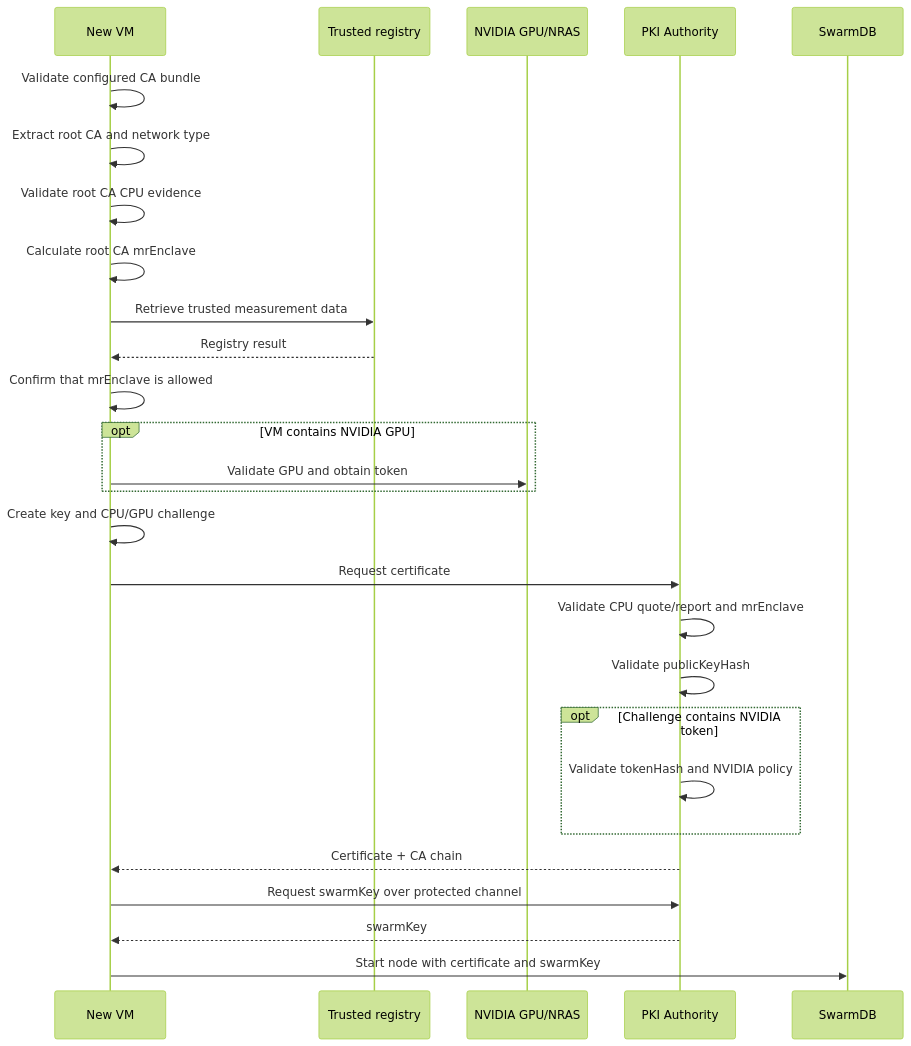
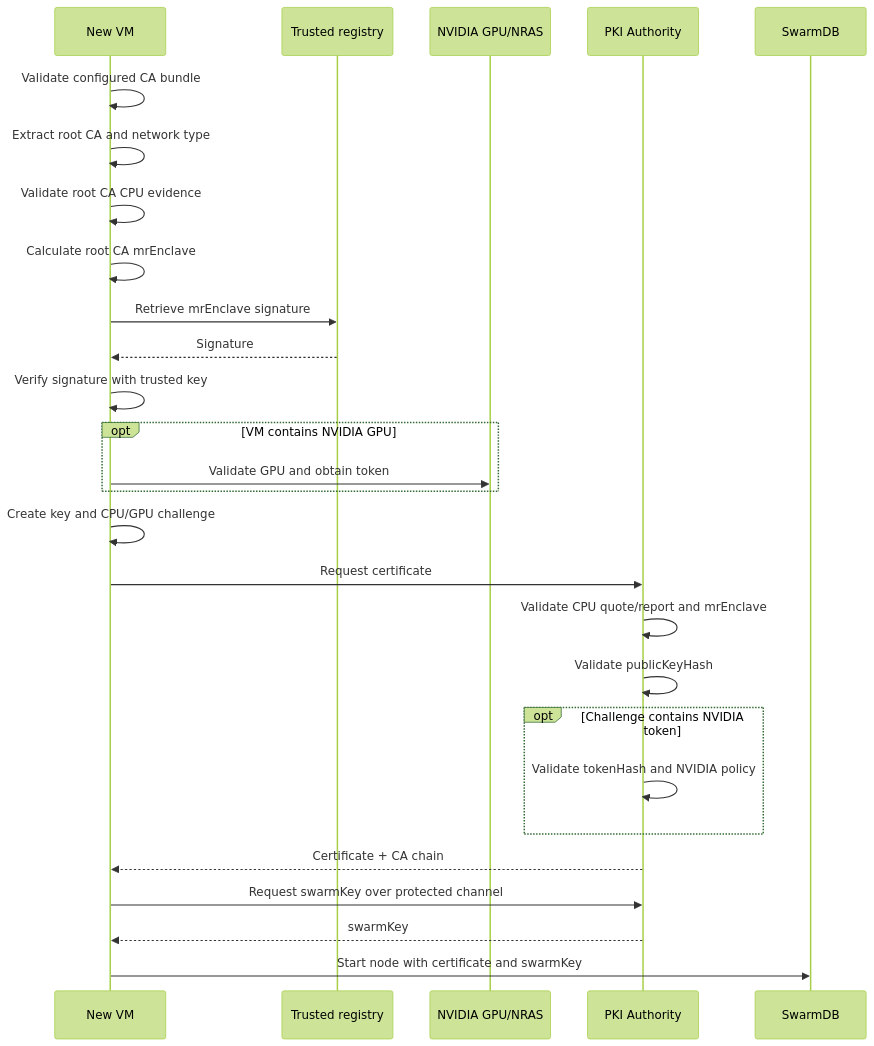
Before and after one commit to Super-Protocol/sp-vm: the diagram in docs/03-node-join.md, drawn with Mermaid (forest theme). The commit also changed other lines of this file and 5 other files, not shown here.

````diff
--- a/docs/03-node-join.md
+++ b/docs/03-node-join.md
@@ -29,30 +29,30 @@
 ```mermaid
 sequenceDiagram
     participant VM as New VM
     participant REG as Trusted registry
     participant GPU as NVIDIA GPU/NRAS
     participant PKI as PKI Authority
     participant DB as SwarmDB
 
     VM->>VM: Validate configured CA bundle
     VM->>VM: Extract root CA and network type
     VM->>VM: Validate root CA CPU evidence
     VM->>VM: Calculate root CA mrEnclave
-    VM->>REG: Retrieve trusted measurement data
-    REG-->>VM: Registry result
-    VM->>VM: Confirm that mrEnclave is allowed
+    VM->>REG: Retrieve mrEnclave signature
+    REG-->>VM: Signature
+    VM->>VM: Verify signature with trusted key
     opt VM contains NVIDIA GPU
         VM->>GPU: Validate GPU and obtain token
     end
     VM->>VM: Create key and CPU/GPU challenge
     VM->>PKI: Request certificate
     PKI->>PKI: Validate CPU quote/report and mrEnclave
     PKI->>PKI: Validate publicKeyHash
     opt Challenge contains NVIDIA token
         PKI->>PKI: Validate tokenHash and NVIDIA policy
     end
     PKI-->>VM: Certificate + CA chain
     VM->>PKI: Request swarmKey over protected channel
     PKI-->>VM: swarmKey
     VM->>DB: Start node with certificate and swarmKey
 ```
````
